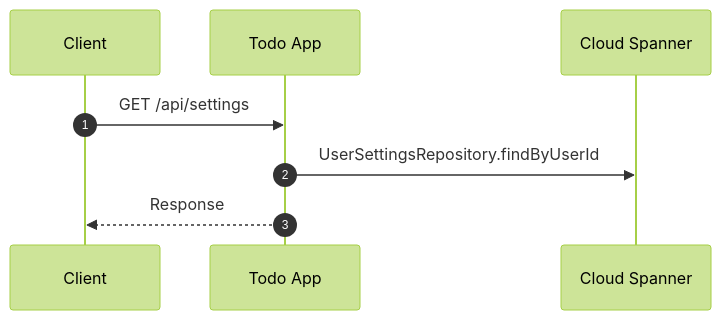
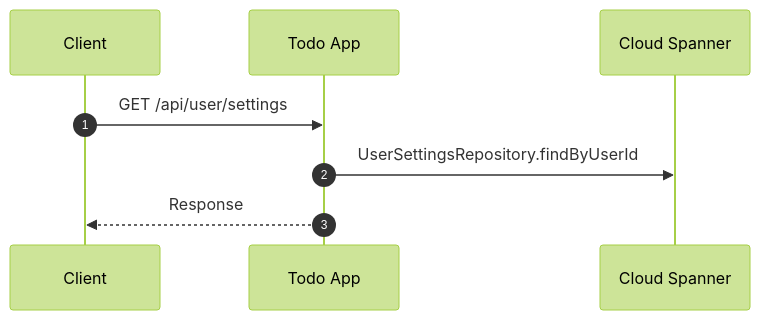
One commit to tom009924/sandbox changed the fourth of 21 diagrams in docs/architecture/external-connection-order.md. Above: the diagram before and after it, drawn with Mermaid (forest theme). The commit also changed other lines of this file, not shown here.

Commit message:
docs: add Project endpoints and user settings paths to external connection diagram

````diff
--- a/docs/architecture/external-connection-order.md
+++ b/docs/architecture/external-connection-order.md
@@ -67,10 +75,10 @@
 ```mermaid
 sequenceDiagram
     autonumber
     participant Client
     participant App as Todo App
     participant Spanner as Cloud Spanner
-    Client->>App: GET /api/settings
+    Client->>App: GET /api/user/settings
     App->>Spanner: UserSettingsRepository.findByUserId
     App-->>Client: Response
 ```
````
